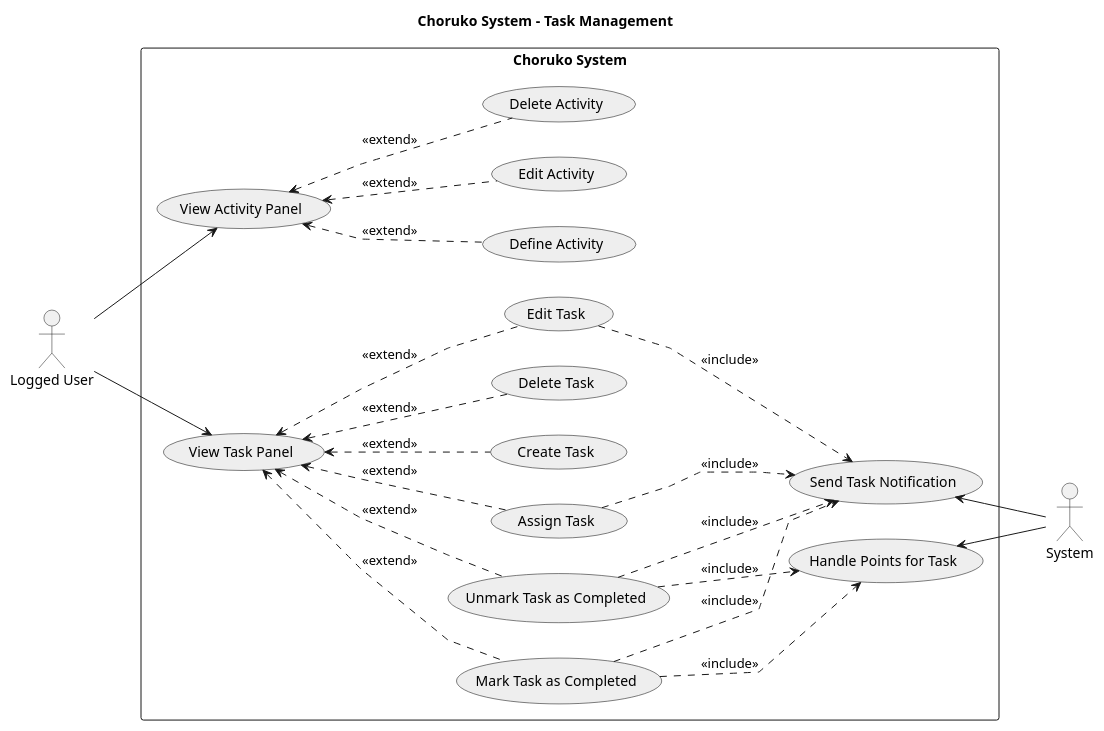
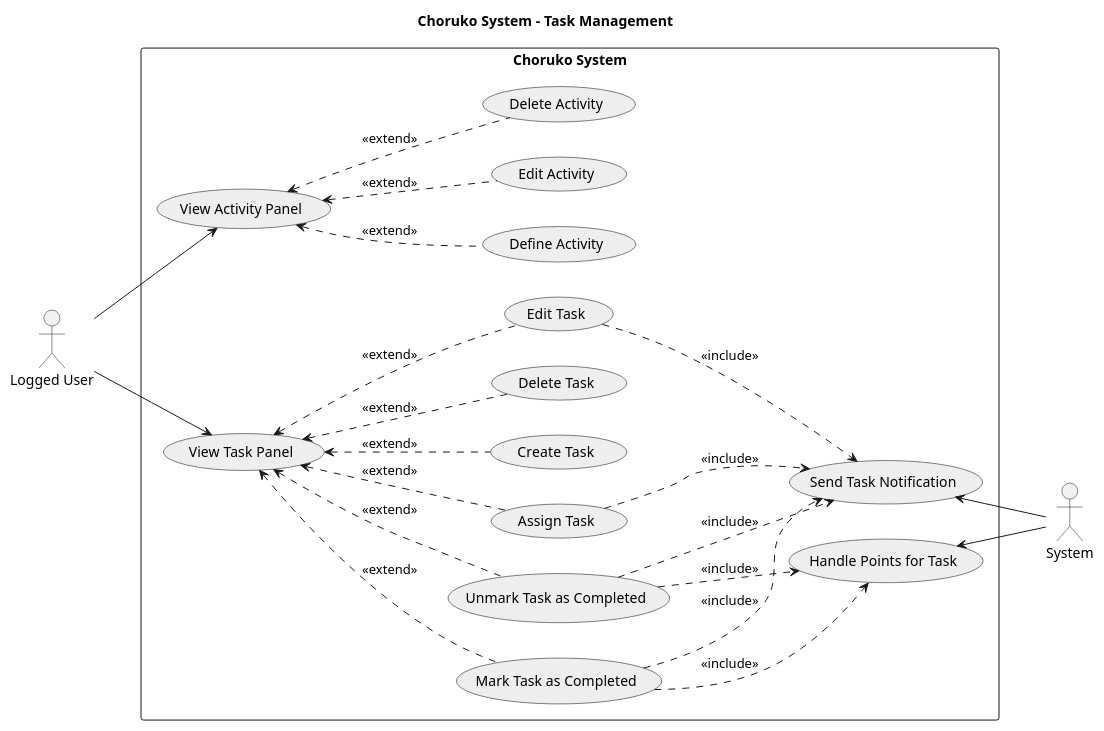
Before and after one commit to psampir/choruko: the diagram in docs/UML/use-case-diagrams/task-management-diagram.puml, drawn with PlantUML. The commit also changed 2 other files, not shown here.

Commit message:
finish class diagram structure and connections

```diff
--- a/docs/UML/use-case-diagrams/task-management-diagram.puml
+++ b/docs/UML/use-case-diagrams/task-management-diagram.puml
@@ -1,55 +1,54 @@
 @startuml task-management
 
 title Choruko System - Task Management
 skinparam usecaseBorderColor #000000
 skinparam usecaseBackgroundColor #EEEEEE
 skinparam packageStyle rectangle
-skinparam linetype polyline
 left to right direction
 
 :Logged User: as l_user
 :System: as system
 
 rectangle "Choruko System" {
 
   usecase "View Activity Panel" as UC13
   usecase "Define Activity" as UC14
   usecase "Edit Activity" as UC15
   usecase "Delete Activity" as UC16
 
   usecase "View Task Panel" as UC12
   usecase "Create Task" as UC17
   usecase "Delete Task" as UC18
   usecase "Assign Task" as UC19
   usecase "Edit Task" as UC20
   usecase "Mark Task as Completed" as UC21
   usecase "Unmark Task as Completed" as UC22
 
   usecase "Handle Points for Task" as UC34
   usecase "Send Task Notification" as UC35
 }
 
 l_user --> UC12
 l_user --> UC13
 
 UC34 <-- system
 UC35 <-- system
 
 UC13 <.. UC14 : <<extend>>
 UC13 <.. UC15 : <<extend>>
 UC13 <.. UC16 : <<extend>>
 UC12 <.. UC17 : <<extend>>
 UC12 <.. UC18 : <<extend>>
 UC12 <.. UC19 : <<extend>>
 UC12 <.. UC20 : <<extend>>
 UC12 <.. UC21 : <<extend>>
 UC12 <.. UC22 : <<extend>>
 
 UC21 ..> UC34 : <<include>>
 UC22 ..> UC34 : <<include>>
 UC21 ..> UC35 : <<include>>
 UC19 ..> UC35 : <<include>>
 UC20 ..> UC35 : <<include>>
 UC22 ..> UC35 : <<include>>
 
 @enduml
```
